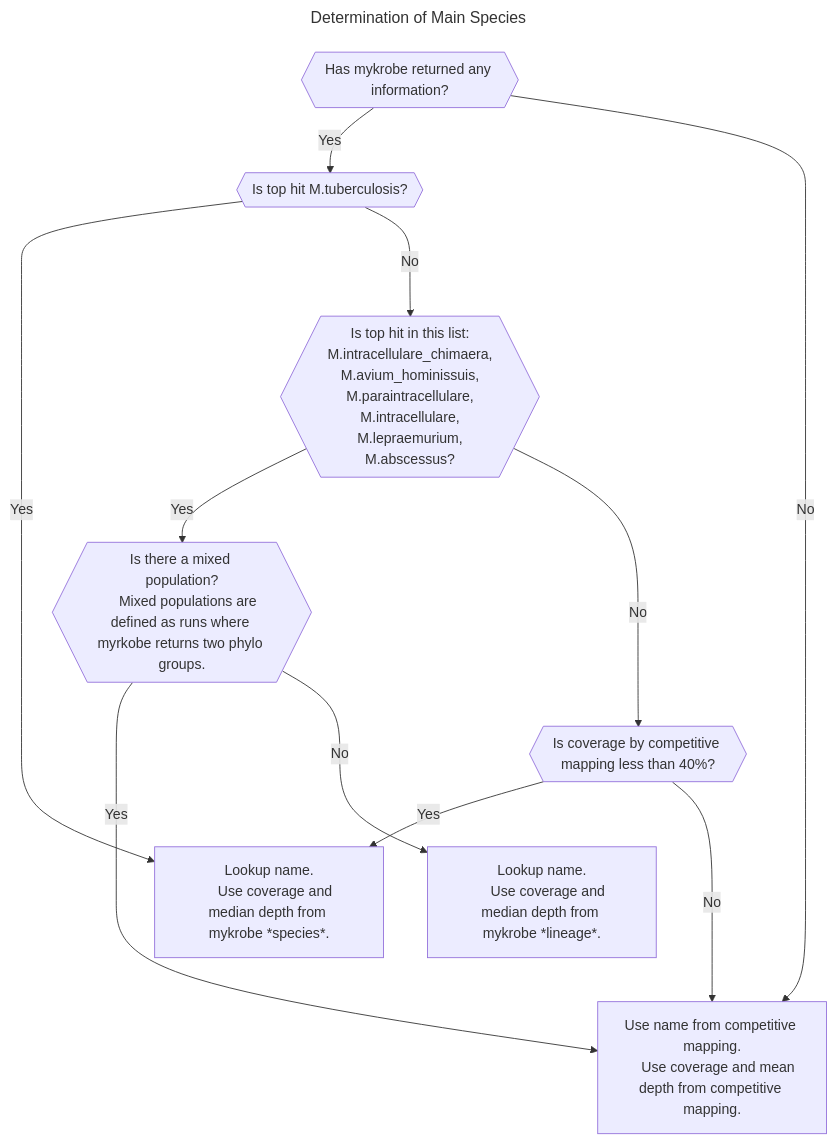
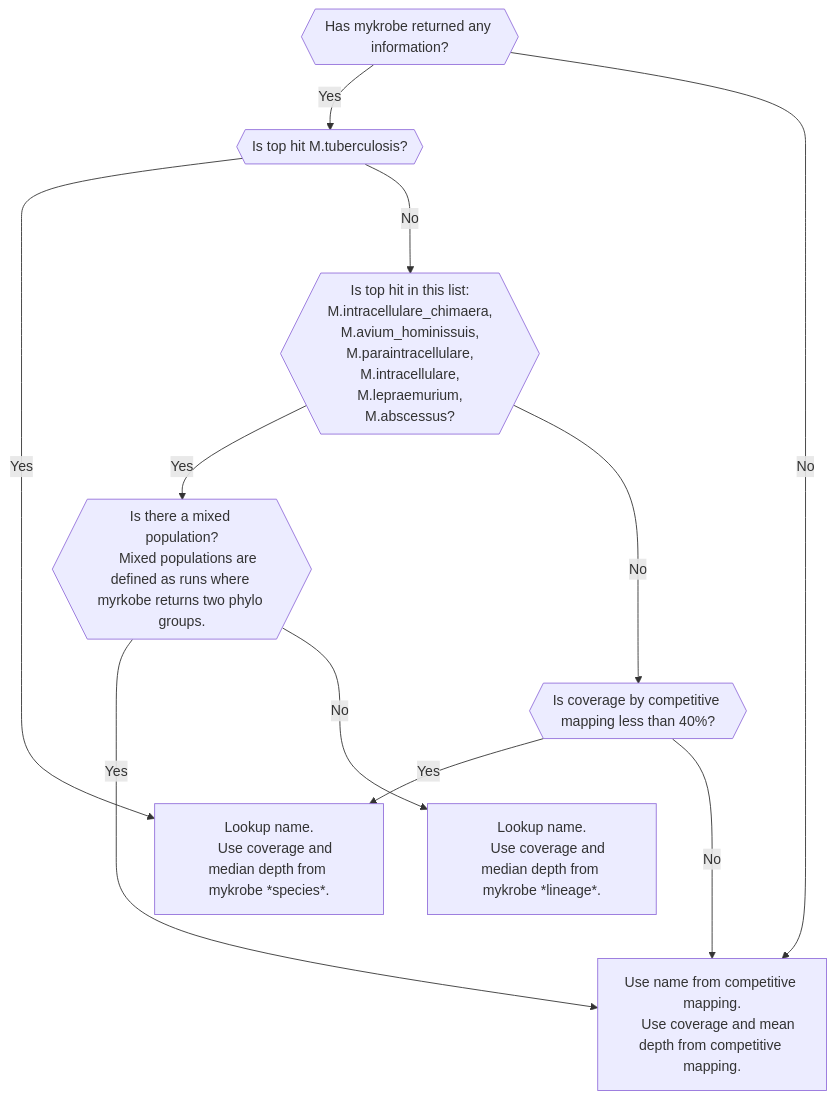
One commit to softwaremmm/summary_pipeline changed the diagram in speciation.md. Above: the diagram before and after it, drawn with Mermaid. The commit also changed other lines of this file, not shown here.

Commit message:
docs: Fix github mermaid?

````diff
--- a/speciation.md
+++ b/speciation.md
@@ -21,46 +21,43 @@
 ```mermaid
----
-title: Determination of Main Species
----
 graph TD;
     MYKROBE_RETURN{{Has mykrobe returned any information?}}
 
     ALL_CM[Use name from competitive mapping.
     Use coverage and mean depth from competitive mapping.]
 
     TOPHIT_TB{{Is top hit <it>M.tuberculosis</it>?}}
 
     MYKROBE_SPECIES[Lookup name.
     Use coverage and median depth from mykrobe *species*.]
 
     TOPHIT_SPECIAL_NTM{{Is top hit in this list:
     M.intracellulare_chimaera,
     M.avium_hominissuis,
     M.paraintracellulare,
     M.intracellulare,
     M.lepraemurium,
     M.abscessus?}}
 
     MIXED{{Is there a mixed population?
     Mixed populations are defined as runs where myrkobe returns two phylo groups.}}
 
     PROCESS_SPECIAL_NTM_UNMIXED[Lookup name.
     Use coverage and median depth from mykrobe *lineage*.]
 
     LOW_COV{{Is coverage by competitive mapping less than 40%?}}
 
     MYKROBE_RETURN--Yes-->TOPHIT_TB
     MYKROBE_RETURN--Noo-->ALL_CM
 
     TOPHIT_TB--Yes-->MYKROBE_SPECIES
     TOPHIT_TB--Noo-->TOPHIT_SPECIAL_NTM
 
     TOPHIT_SPECIAL_NTM--Yes-->MIXED
     MIXED--Yes-->ALL_CM
     MIXED--Noo-->PROCESS_SPECIAL_NTM_UNMIXED
     TOPHIT_SPECIAL_NTM--Noo-->LOW_COV
 
     LOW_COV--Yes-->MYKROBE_SPECIES
     LOW_COV--Noo-->ALL_CM
 
 ```
````
